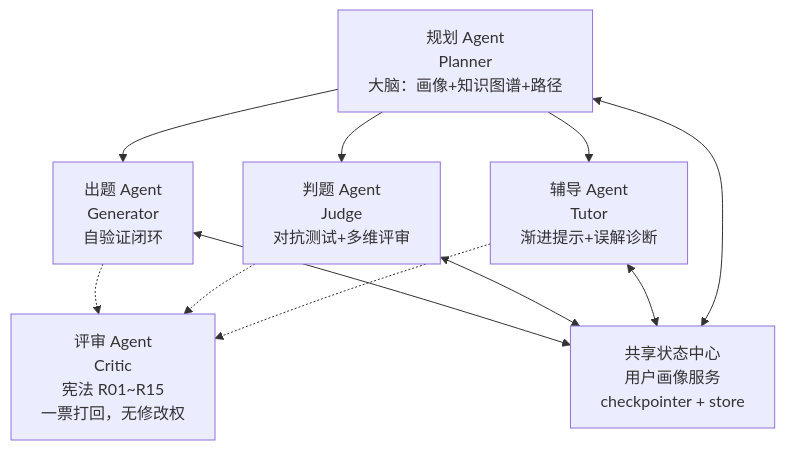
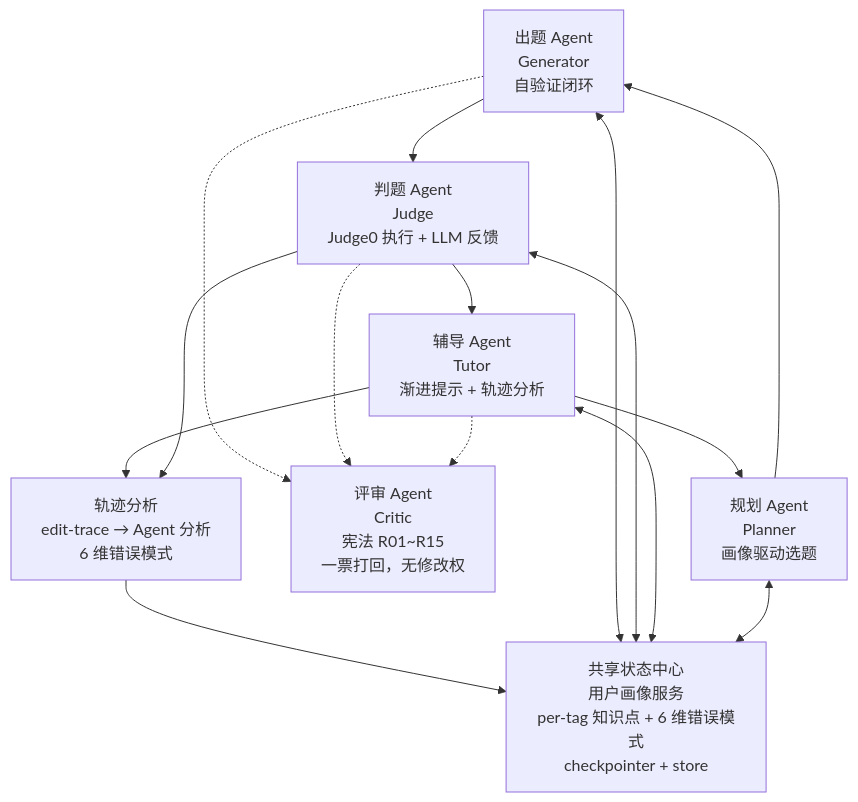
One commit to YanzheShi/code-tutor-agent changed the diagram in README.md. Above: the diagram before and after it, drawn with Mermaid. The commit also changed other lines of this file and 17 other files, not shown here.

````diff
--- a/README.md
+++ b/README.md
@@ -44,23 +92,26 @@
 ```mermaid
 flowchart TB
-    PP[规划 Agent<br/>Planner<br/>大脑：画像+知识图谱+路径]
-
     PG[出题 Agent<br/>Generator<br/>自验证闭环]
-    PJ[判题 Agent<br/>Judge<br/>对抗测试+多维评审]
-    PT[辅导 Agent<br/>Tutor<br/>渐进提示+误解诊断]
-
+    PJ[判题 Agent<br/>Judge<br/>Judge0 执行 + LLM 反馈]
+    PT[辅导 Agent<br/>Tutor<br/>渐进提示 + 轨迹分析]
+    PP[规划 Agent<br/>Planner<br/>画像驱动选题]
     PC[评审 Agent<br/>Critic<br/>宪法 R01~R15<br/>一票打回，无修改权]
 
-    UPS[共享状态中心<br/>用户画像服务<br/>checkpointer + store]
+    TR[轨迹分析<br/>edit-trace → Agent 分析<br/>6 维错误模式]
+    UPS[共享状态中心<br/>用户画像服务<br/>per-tag 知识点 + 6 维错误模式<br/>checkpointer + store]
 
-    PP --> PG
-    PP --> PJ
-    PP --> PT
+    PG --> PJ
+    PJ --> PT
+    PT --> PP
     PG -.-> PC
     PJ -.-> PC
     PT -.-> PC
+    PP --> PG
+    PT --> TR
+    PJ --> TR
+    TR --> UPS
     PG <--> UPS
     PJ <--> UPS
     PT <--> UPS
     PP <--> UPS
 ```
````
